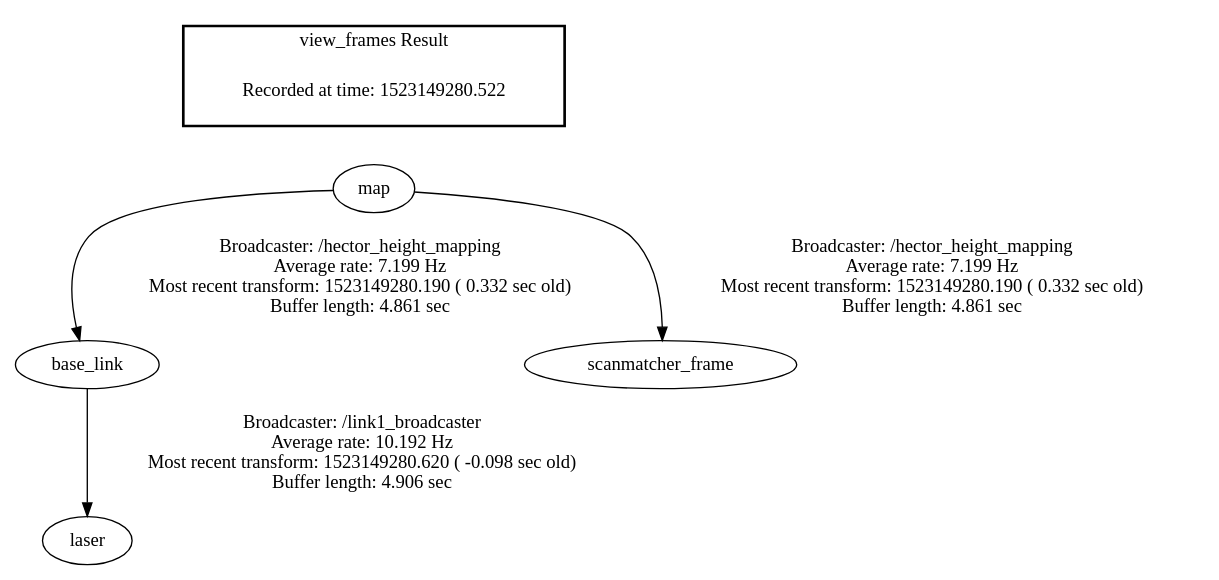
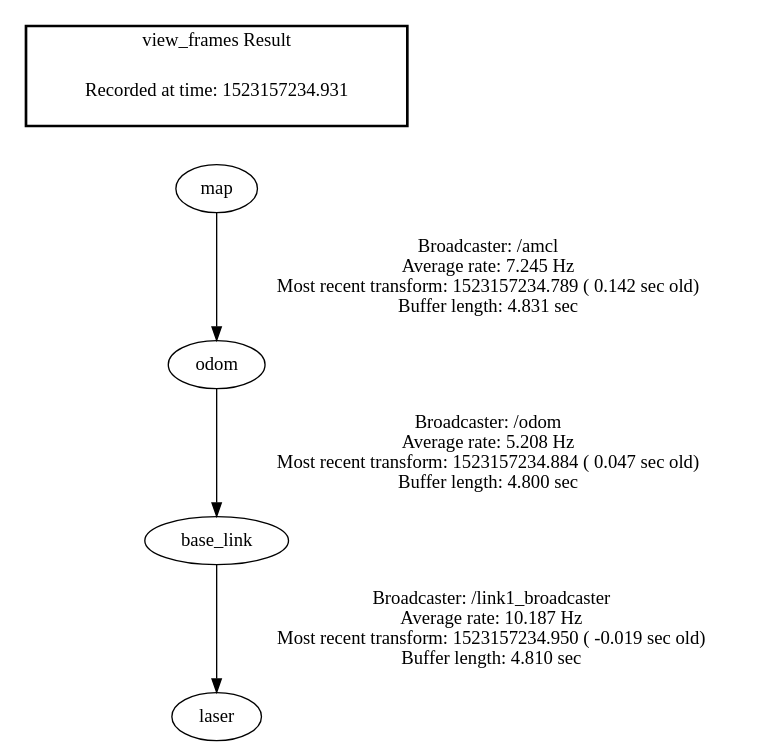
The diagram in catkin_ws/frames.gv (FernandoOrtiz/DeepFind), drawn with Graphviz before and after one commit. The commit also changed 3 other files, not shown here.

```diff
--- a/catkin_ws/frames.gv
+++ b/catkin_ws/frames.gv
@@ -1,9 +1,9 @@
 digraph G {
-"map" -> "base_link"[label="Broadcaster: /hector_height_mapping\nAverage rate: 7.199 Hz\nMost recent transform: 1523149280.190 ( 0.332 sec old)\nBuffer length: 4.861 sec\n"];
-"map" -> "scanmatcher_frame"[label="Broadcaster: /hector_height_mapping\nAverage rate: 7.199 Hz\nMost recent transform: 1523149280.190 ( 0.332 sec old)\nBuffer length: 4.861 sec\n"];
-"base_link" -> "laser"[label="Broadcaster: /link1_broadcaster\nAverage rate: 10.192 Hz\nMost recent transform: 1523149280.620 ( -0.098 sec old)\nBuffer length: 4.906 sec\n"];
+"map" -> "odom"[label="Broadcaster: /amcl\nAverage rate: 7.245 Hz\nMost recent transform: 1523157234.789 ( 0.142 sec old)\nBuffer length: 4.831 sec\n"];
+"base_link" -> "laser"[label="Broadcaster: /link1_broadcaster\nAverage rate: 10.187 Hz\nMost recent transform: 1523157234.950 ( -0.019 sec old)\nBuffer length: 4.810 sec\n"];
+"odom" -> "base_link"[label="Broadcaster: /odom\nAverage rate: 5.208 Hz\nMost recent transform: 1523157234.884 ( 0.047 sec old)\nBuffer length: 4.800 sec\n"];
 edge [style=invis];
  subgraph cluster_legend { style=bold; color=black; label ="view_frames Result";
-"Recorded at time: 1523149280.522"[ shape=plaintext ] ;
+"Recorded at time: 1523157234.931"[ shape=plaintext ] ;
  }->"map";
 }
```
